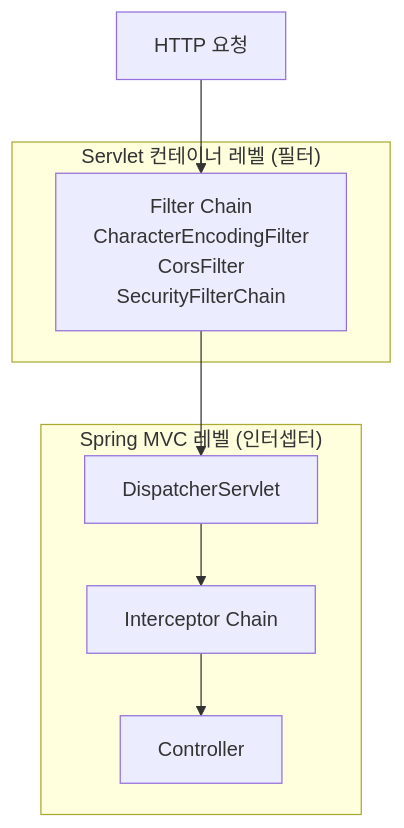
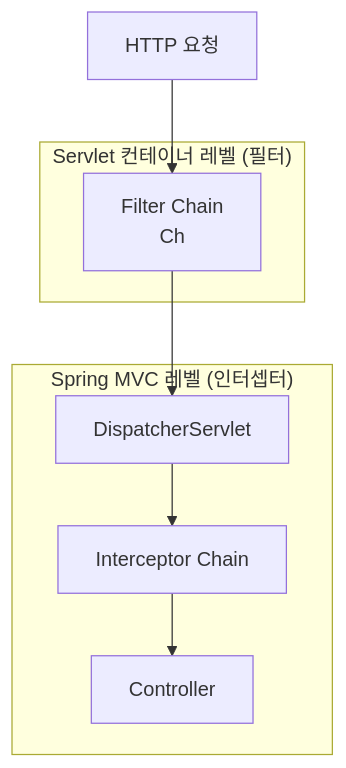
The fifth of 6 diagrams in _posts/spring/2026-05-01-spring-mvc.md (yjkim2015/yjkim2015.github.io), drawn with Mermaid before and after one commit. The commit also changed other lines of this file and 271 other files, not shown here.

First line of the commit message:
Mermaid 라벨 축소: 긴 노드 텍스트 18자 이하로 트림 + \n 제거

````diff
--- a/_posts/spring/2026-05-01-spring-mvc.md
+++ b/_posts/spring/2026-05-01-spring-mvc.md
@@ -194,12 +194,12 @@
 ```mermaid
 graph TD
     A["HTTP 요청"] --> B
     subgraph "Servlet 컨테이너 레벨 (필터)"
-        B["Filter Chain<br>CharacterEncodingFilter<br>CorsFilter<br>SecurityFilterChain"]
+        B["Filter Chain<br>Ch"]
     end
     B --> C["DispatcherServlet"]
     subgraph "Spring MVC 레벨 (인터셉터)"
         C --> D["Interceptor Chain"]
         D --> E["Controller"]
     end
 ```
````
